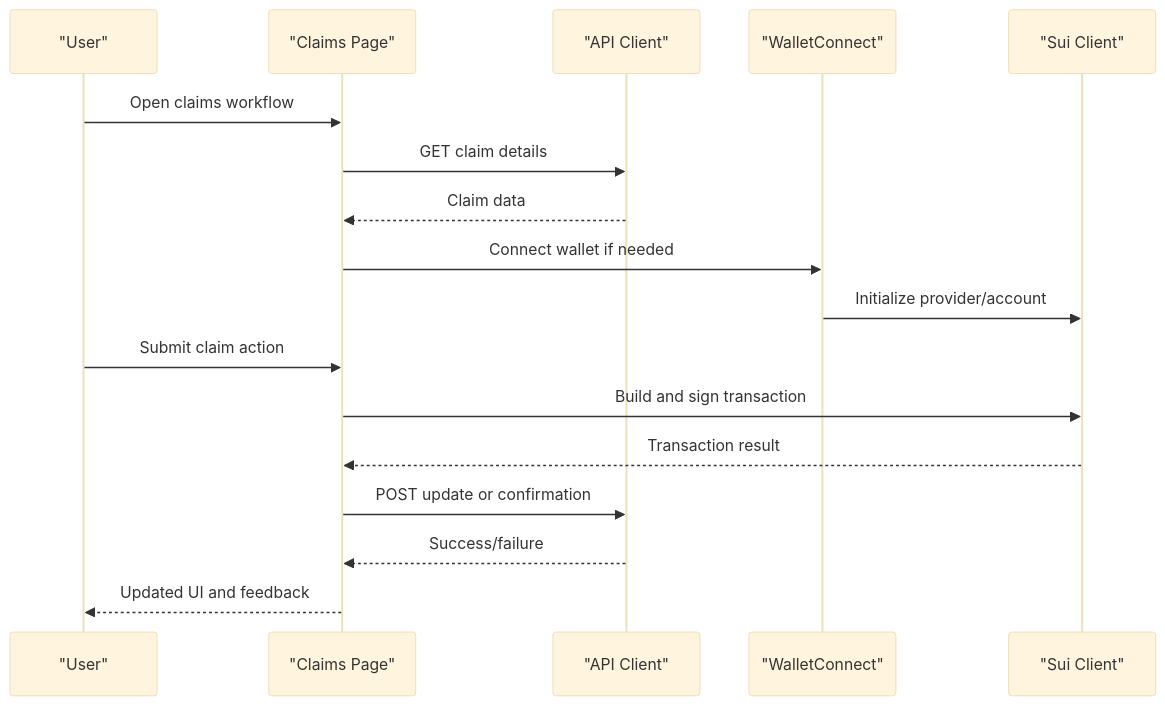
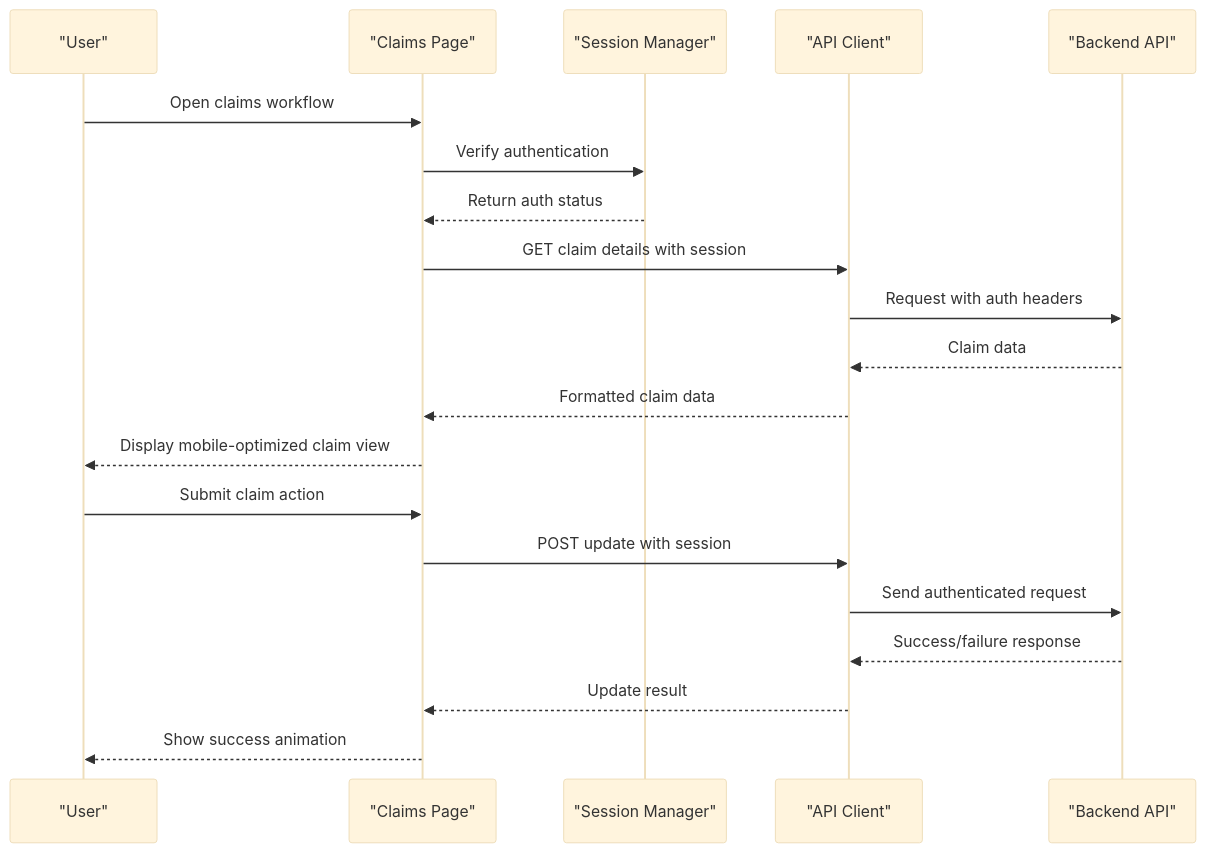
One commit to hieudepoet/Insurix changed the seventh of 9 diagrams in .qoder/repowiki/en/content/Architecture Overview/Frontend Architecture.md. Above: the diagram before and after it, drawn with Mermaid (base theme). The commit also changed other lines of this file and 63 other files, not shown here.

````diff
--- a/.qoder/repowiki/en/content/Architecture Overview/Frontend Architecture.md
+++ b/.qoder/repowiki/en/content/Architecture Overview/Frontend Architecture.md
@@ -279,19 +398,22 @@
 ```mermaid
 sequenceDiagram
 participant User as "User"
 participant ClaimsPage as "Claims Page"
+participant SessionMgr as "Session Manager"
 participant APIClient as "API Client"
-participant Wallet as "WalletConnect"
-participant SuiClient as "Sui Client"
+participant Backend as "Backend API"
 User->>ClaimsPage : Open claims workflow
-ClaimsPage->>APIClient : GET claim details
-APIClient-->>ClaimsPage : Claim data
-ClaimsPage->>Wallet : Connect wallet if needed
-Wallet->>SuiClient : Initialize provider/account
+ClaimsPage->>SessionMgr : Verify authentication
+SessionMgr-->>ClaimsPage : Return auth status
+ClaimsPage->>APIClient : GET claim details with session
+APIClient->>Backend : Request with auth headers
+Backend-->>APIClient : Claim data
+APIClient-->>ClaimsPage : Formatted claim data
+ClaimsPage-->>User : Display mobile-optimized claim view
 User->>ClaimsPage : Submit claim action
-ClaimsPage->>SuiClient : Build and sign transaction
-SuiClient-->>ClaimsPage : Transaction result
-ClaimsPage->>APIClient : POST update or confirmation
-APIClient-->>ClaimsPage : Success/failure
-ClaimsPage-->>User : Updated UI and feedback
+ClaimsPage->>APIClient : POST update with session
+APIClient->>Backend : Send authenticated request
+Backend-->>APIClient : Success/failure response
+APIClient-->>ClaimsPage : Update result
+ClaimsPage-->>User : Show success animation
 ```
````
